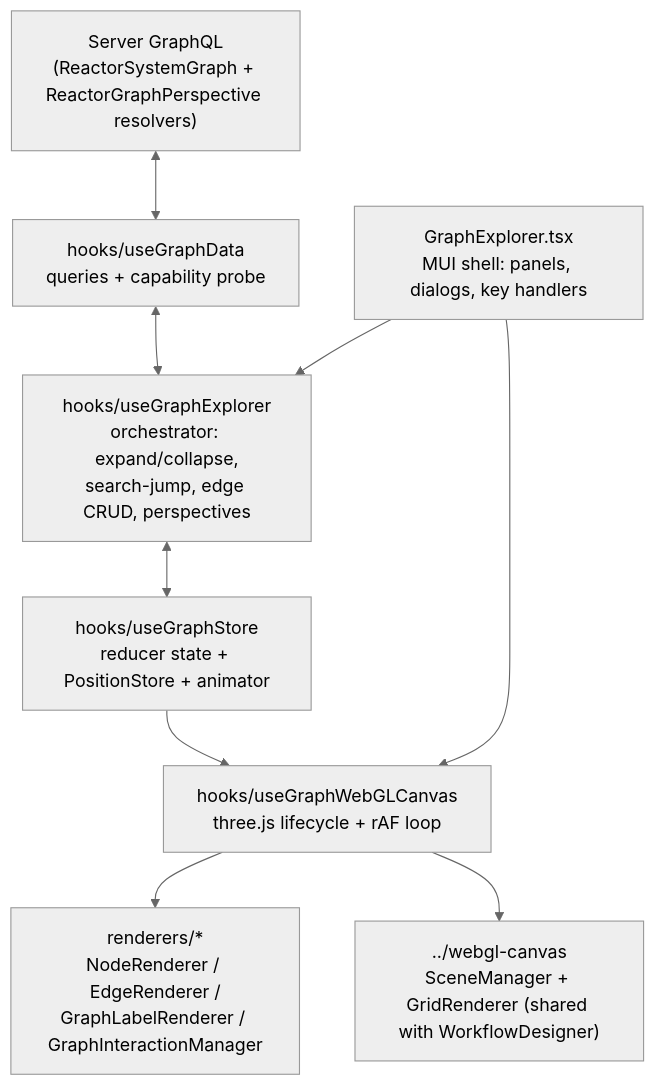
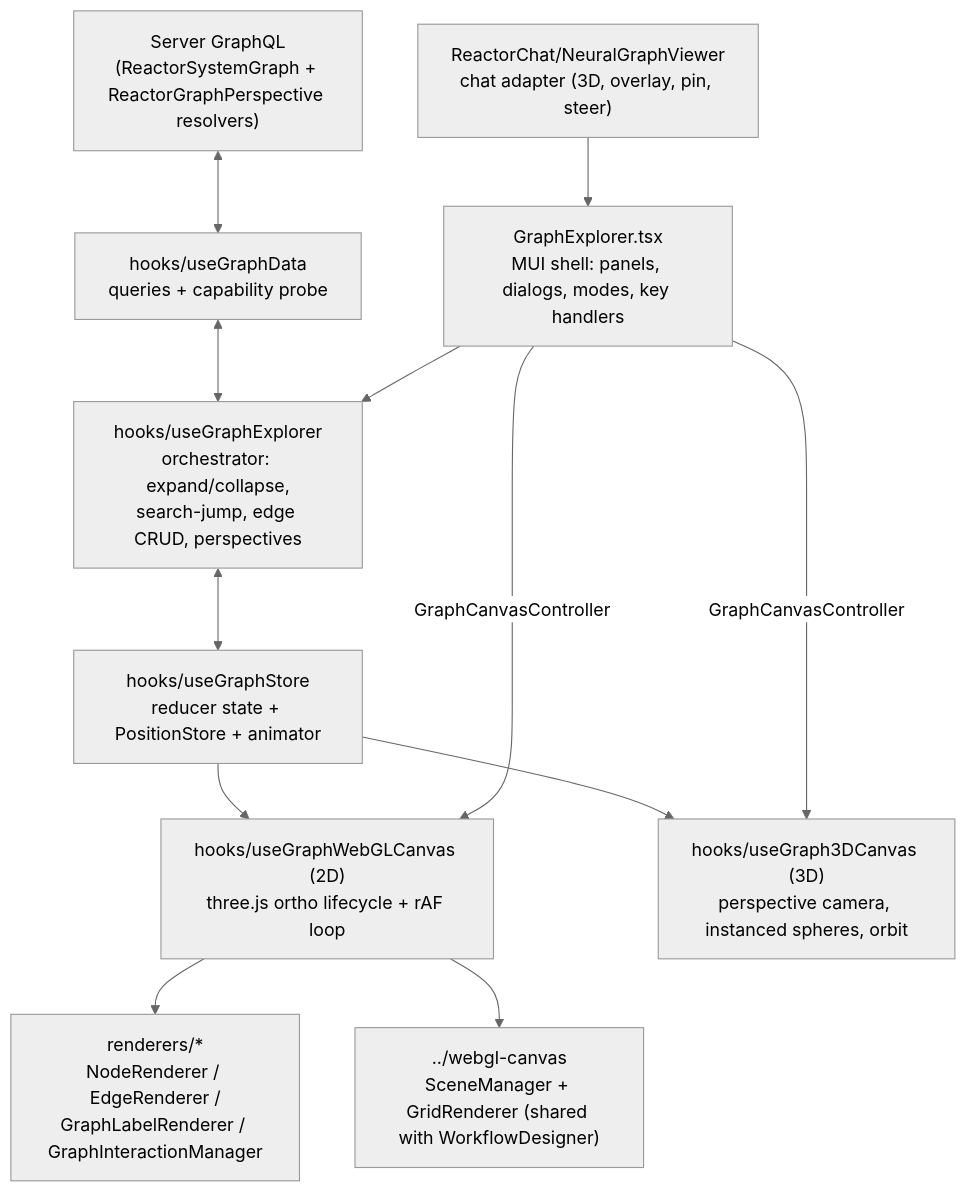
One commit to reactorynet/reactory-pwa-client changed the diagram in src/components/shared/GraphExplorer/README.md. Above: the diagram before and after it, drawn with Mermaid (neutral theme). The commit also changed other lines of this file and 32 other files, not shown here.

Commit message:
feat: add NeuralGraphViewer component for interactive 3D graph visualization in chat

````diff
--- a/src/components/shared/GraphExplorer/README.md
+++ b/src/components/shared/GraphExplorer/README.md
@@ -18,20 +29,25 @@
 ```mermaid
 flowchart TD
   GQL["Server GraphQL<br/>(ReactorSystemGraph + ReactorGraphPerspective resolvers)"]
   Data["hooks/useGraphData<br/>queries + capability probe"]
   Orch["hooks/useGraphExplorer<br/>orchestrator: expand/collapse,<br/>search-jump, edge CRUD, perspectives"]
   Store["hooks/useGraphStore<br/>reducer state + PositionStore + animator"]
-  Canvas["hooks/useGraphWebGLCanvas<br/>three.js lifecycle + rAF loop"]
+  Canvas["hooks/useGraphWebGLCanvas (2D)<br/>three.js ortho lifecycle + rAF loop"]
+  Canvas3D["hooks/useGraph3DCanvas (3D)<br/>perspective camera, instanced spheres, orbit"]
   Renderers["renderers/*<br/>NodeRenderer / EdgeRenderer /<br/>GraphLabelRenderer / GraphInteractionManager"]
-  Shell["GraphExplorer.tsx<br/>MUI shell: panels, dialogs, key handlers"]
+  Shell["GraphExplorer.tsx<br/>MUI shell: panels, dialogs, modes, key handlers"]
   Shared["../webgl-canvas<br/>SceneManager + GridRenderer (shared with WorkflowDesigner)"]
+  Viewer["ReactorChat/NeuralGraphViewer<br/>chat adapter (3D, overlay, pin, steer)"]
 
   GQL <--> Data
   Data <--> Orch
   Orch <--> Store
   Store --> Canvas
+  Store --> Canvas3D
   Canvas --> Renderers
   Canvas --> Shared
   Shell --> Orch
-  Shell --> Canvas
+  Shell -- GraphCanvasController --> Canvas
+  Shell -- GraphCanvasController --> Canvas3D
+  Viewer --> Shell
 ```
````
